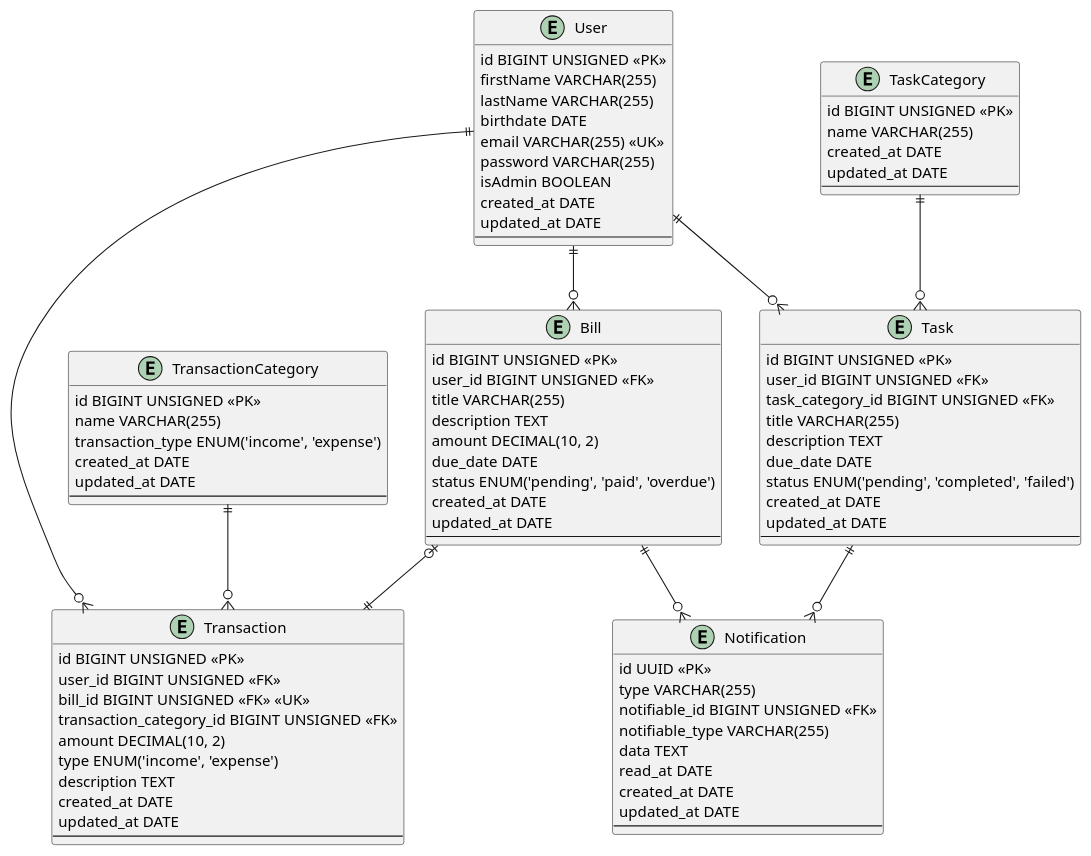
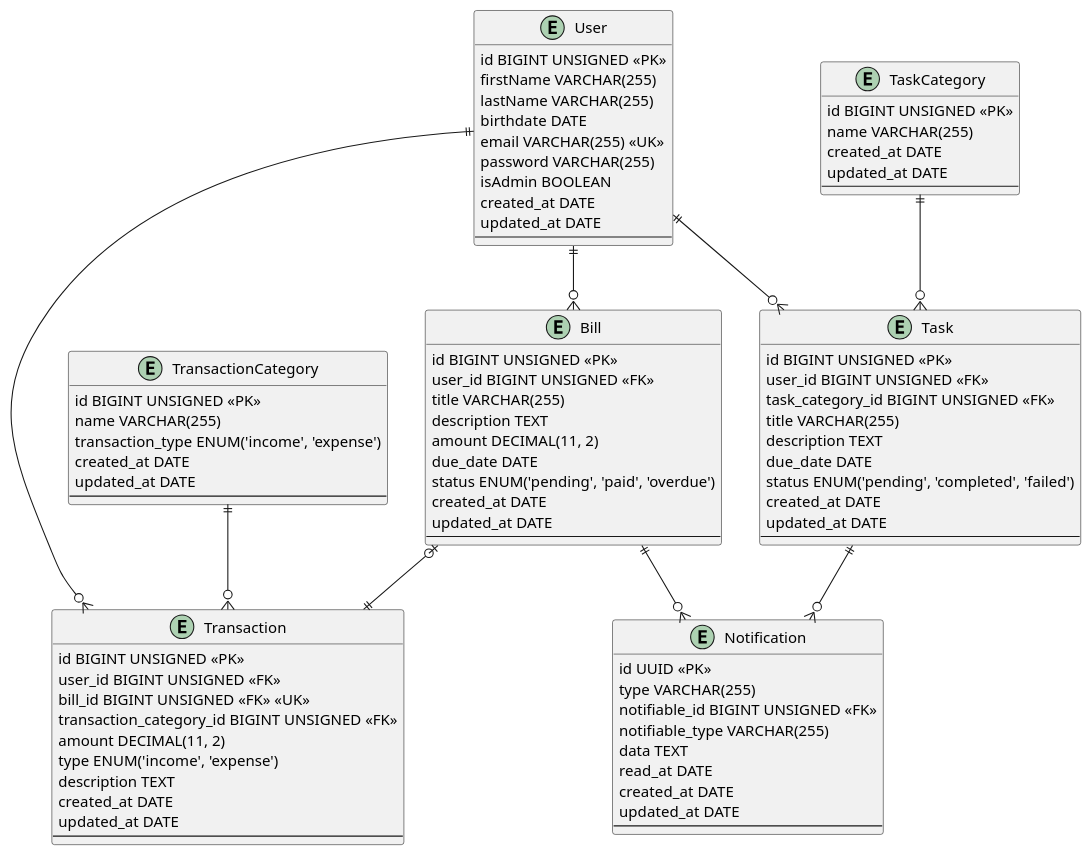
Before and after one commit to augusto-dmh/your-guardian: the diagram in database/design/erd.plantuml, drawn with PlantUML. The commit also changed 3 other files, not shown here.

```diff
--- a/database/design/erd.plantuml
+++ b/database/design/erd.plantuml
@@ -1,94 +1,94 @@
 @startuml erd
 
 entity User {
     id BIGINT UNSIGNED <<PK>>
     firstName VARCHAR(255)
     lastName VARCHAR(255)
     birthdate DATE
     email VARCHAR(255) <<UK>>
     password VARCHAR(255)
     isAdmin BOOLEAN
     created_at DATE
     updated_at DATE
     --
 }
 
 entity Transaction {
     id BIGINT UNSIGNED <<PK>>
     user_id BIGINT UNSIGNED <<FK>>
     bill_id BIGINT UNSIGNED <<FK>> <<UK>>
     transaction_category_id BIGINT UNSIGNED <<FK>>
-    amount DECIMAL(10, 2)
+    amount DECIMAL(11, 2)
     type ENUM('income', 'expense')
     description TEXT
     created_at DATE
     updated_at DATE
     --
 }
 
 entity Bill {
     id BIGINT UNSIGNED <<PK>>
     user_id BIGINT UNSIGNED <<FK>>
     title VARCHAR(255)
     description TEXT
-    amount DECIMAL(10, 2)
+    amount DECIMAL(11, 2)
     due_date DATE
     status ENUM('pending', 'paid', 'overdue')
     created_at DATE
     updated_at DATE
     --
 }
 
 entity Notification {
     id UUID <<PK>>
     type VARCHAR(255)
     notifiable_id BIGINT UNSIGNED <<FK>>
     notifiable_type VARCHAR(255)
     data TEXT
     read_at DATE
     created_at DATE
     updated_at DATE
     --
 }
 
 entity Task {
     id BIGINT UNSIGNED <<PK>>
     user_id BIGINT UNSIGNED <<FK>>
     task_category_id BIGINT UNSIGNED <<FK>>
     title VARCHAR(255)
     description TEXT
     due_date DATE
     status ENUM('pending', 'completed', 'failed')
     created_at DATE
     updated_at DATE
     --
 }
 
 entity TransactionCategory {
     id BIGINT UNSIGNED <<PK>>
     name VARCHAR(255)
     transaction_type ENUM('income', 'expense')
     created_at DATE
     updated_at DATE
     --
 }
 
 entity TaskCategory {
     id BIGINT UNSIGNED <<PK>>
     name VARCHAR(255)
     created_at DATE
     updated_at DATE
     --
 }
 
 
 User ||--o{ Transaction
 User ||--o{ Bill
 Bill ||--o{ Notification
 Task ||--o{ Notification
 User ||--o{ Task
 TaskCategory ||--o{ Task
 TransactionCategory ||--o{ Transaction
 Bill |o--|| Transaction
 
 @enduml
```
